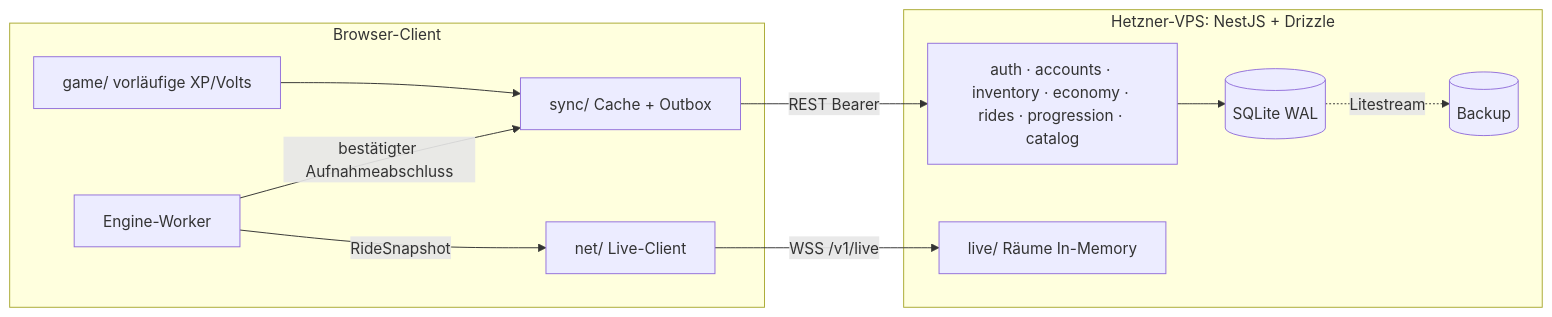
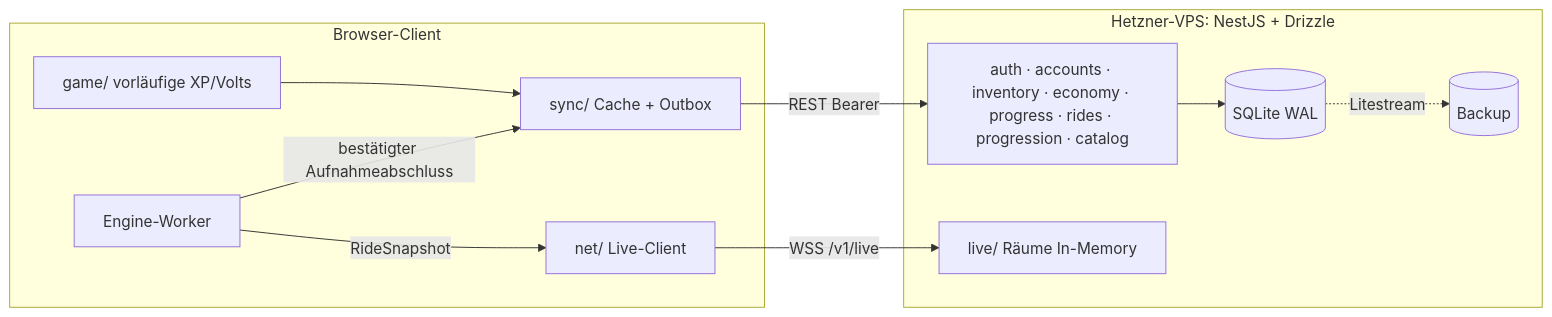
Before and after one commit to henrysachs/voltonaut: the second of 2 diagrams in docs/01-architecture.md, drawn with Mermaid. The commit also changed other lines of this file and 111 other files, not shown here.

````diff
--- a/docs/01-architecture.md
+++ b/docs/01-architecture.md
@@ -277,17 +279,17 @@
 ```mermaid
 flowchart LR
   subgraph Client[Browser-Client]
     G[game/ vorläufige XP/Volts] --> SY[sync/ Cache + Outbox]
     E[Engine-Worker] -- bestätigter Aufnahmeabschluss --> SY
     NET[net/ Live-Client]
     E -- RideSnapshot --> NET
   end
   SY -- REST Bearer --> API
   NET -- WSS /v1/live --> LIVE
   subgraph Server[Hetzner-VPS: NestJS + Drizzle]
-    API[auth · accounts · inventory · economy · rides · progression · catalog]
+    API[auth · accounts · inventory · economy · progress · rides · progression · catalog]
     LIVE[live/ Räume In-Memory]
     API --> DB[(SQLite WAL)]
     DB -. Litestream .-> BK[(Backup)]
   end
 ```
````
